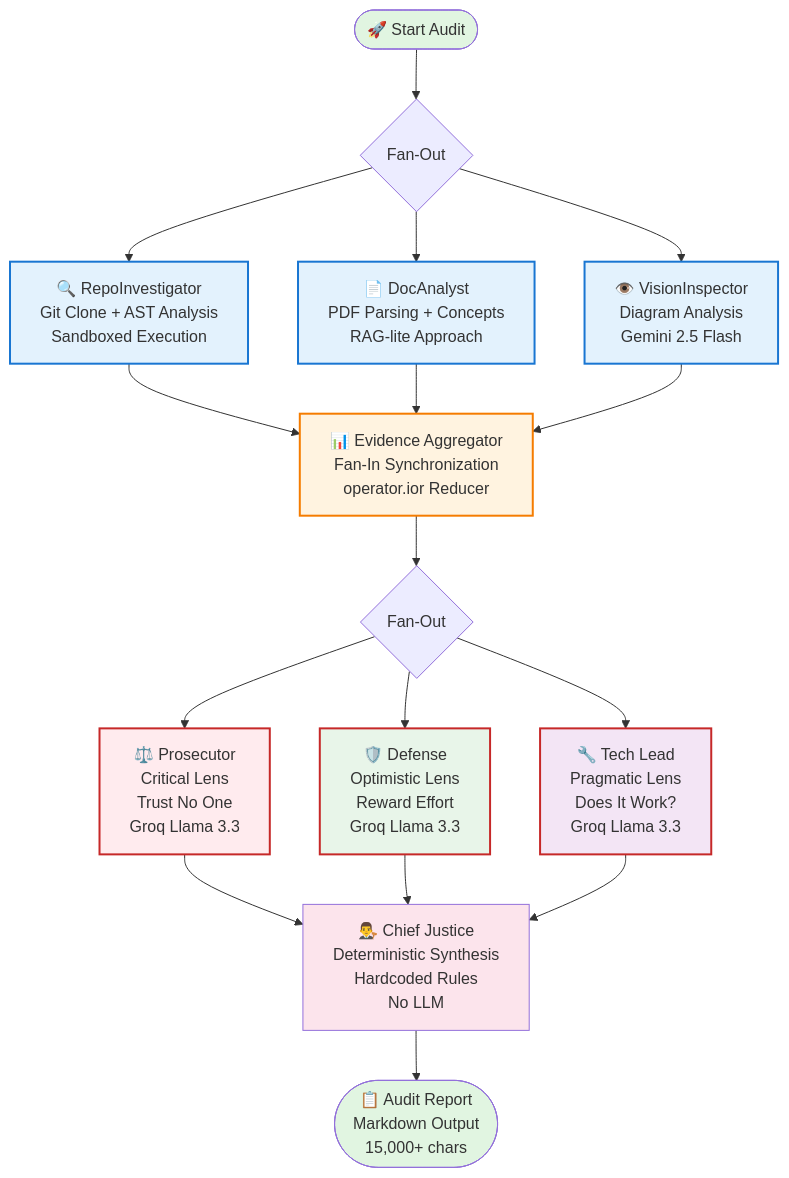
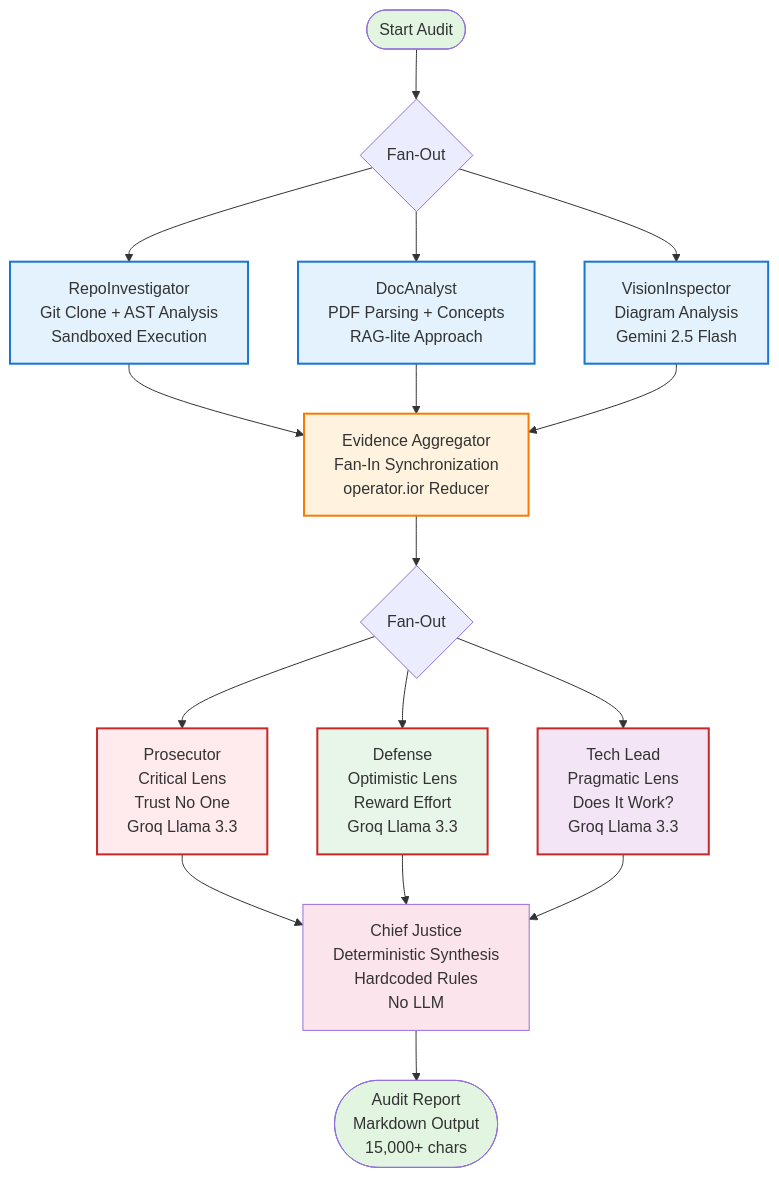
The diagram in automatoin-auditor/reports/architecture_diagram.mmd (IbnuEyni/10Acweek2), drawn with Mermaid before and after one commit. The commit also changed 13 other files, not shown here.

````diff
--- a/automatoin-auditor/reports/architecture_diagram.mmd
+++ b/automatoin-auditor/reports/architecture_diagram.mmd
@@ -1,43 +1,43 @@
 ```mermaid
 graph TB
-    Start([🚀 Start Audit]) --> FanOut1{Fan-Out}
+    Start([Start Audit]) --> FanOut1{Fan-Out}
     
-    FanOut1 --> Repo[🔍 RepoInvestigator<br/>Git Clone + AST Analysis<br/>Sandboxed Execution]
-    FanOut1 --> Doc[📄 DocAnalyst<br/>PDF Parsing + Concepts<br/>RAG-lite Approach]
-    FanOut1 --> Vision[👁️ VisionInspector<br/>Diagram Analysis<br/>Gemini 2.5 Flash]
+    FanOut1 --> Repo[ RepoInvestigator<br/>Git Clone + AST Analysis<br/>Sandboxed Execution]
+    FanOut1 --> Doc[ DocAnalyst<br/>PDF Parsing + Concepts<br/>RAG-lite Approach]
+    FanOut1 --> Vision[ VisionInspector<br/>Diagram Analysis<br/>Gemini 2.5 Flash]
     
-    Repo --> Agg[📊 Evidence Aggregator<br/>Fan-In Synchronization<br/>operator.ior Reducer]
+    Repo --> Agg[Evidence Aggregator<br/>Fan-In Synchronization<br/>operator.ior Reducer]
     Doc --> Agg
     Vision --> Agg
     
     Agg --> FanOut2{Fan-Out}
     
-    FanOut2 --> Pros[⚖️ Prosecutor<br/>Critical Lens<br/>Trust No One<br/>Groq Llama 3.3]
-    FanOut2 --> Def[🛡️ Defense<br/>Optimistic Lens<br/>Reward Effort<br/>Groq Llama 3.3]
-    FanOut2 --> Tech[🔧 Tech Lead<br/>Pragmatic Lens<br/>Does It Work?<br/>Groq Llama 3.3]
+    FanOut2 --> Pros[ Prosecutor<br/>Critical Lens<br/>Trust No One<br/>Groq Llama 3.3]
+    FanOut2 --> Def[ Defense<br/>Optimistic Lens<br/>Reward Effort<br/>Groq Llama 3.3]
+    FanOut2 --> Tech[ Tech Lead<br/>Pragmatic Lens<br/>Does It Work?<br/>Groq Llama 3.3]
     
-    Pros --> CJ[👨‍⚖️ Chief Justice<br/>Deterministic Synthesis<br/>Hardcoded Rules<br/>No LLM]
+    Pros --> CJ[ Chief Justice<br/>Deterministic Synthesis<br/>Hardcoded Rules<br/>No LLM]
     Def --> CJ
     Tech --> CJ
     
-    CJ --> Report([📋 Audit Report<br/>Markdown Output<br/>15,000+ chars])
+    CJ --> Report([ Audit Report<br/>Markdown Output<br/>15,000+ chars])
     
     style Start fill:#e1f5e1
     style Repo fill:#e3f2fd
     style Doc fill:#e3f2fd
     style Vision fill:#e3f2fd
     style Agg fill:#fff3e0
     style Pros fill:#ffebee
     style Def fill:#e8f5e9
     style Tech fill:#f3e5f5
     style CJ fill:#fce4ec
     style Report fill:#e1f5e1
     
     classDef detective fill:#e3f2fd,stroke:#1976d2,stroke-width:2px
     classDef judge fill:#ffebee,stroke:#c62828,stroke-width:2px
     classDef aggregator fill:#fff3e0,stroke:#f57c00,stroke-width:2px
     
     class Repo,Doc,Vision detective
     class Pros,Def,Tech judge
     class Agg aggregator
 ```
````
